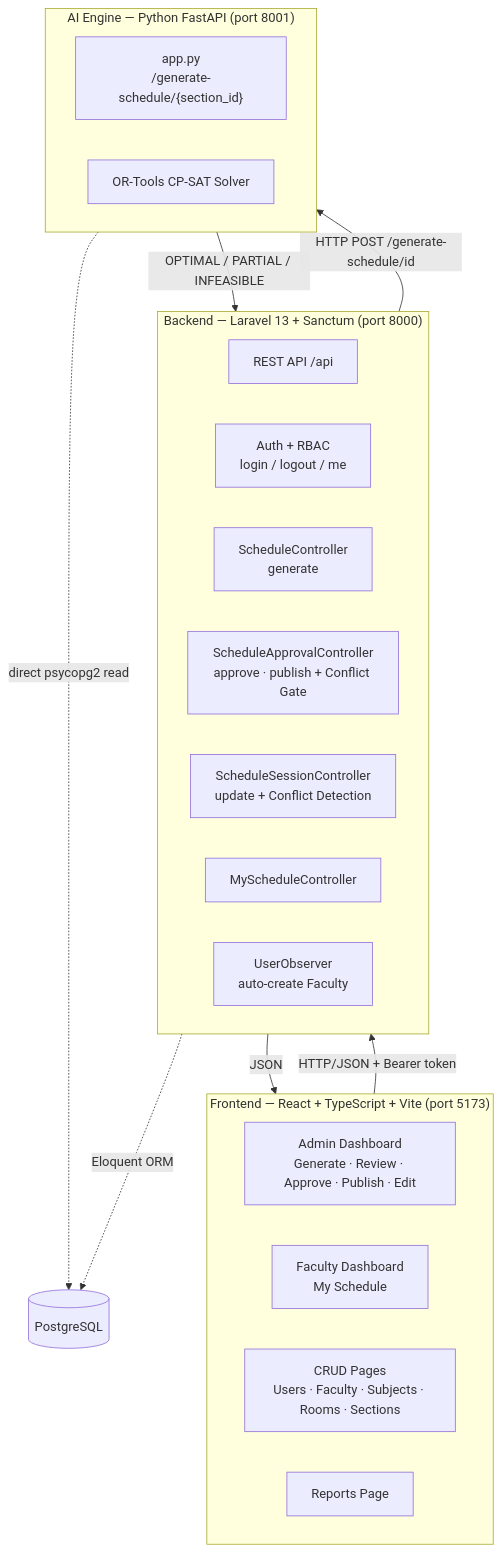
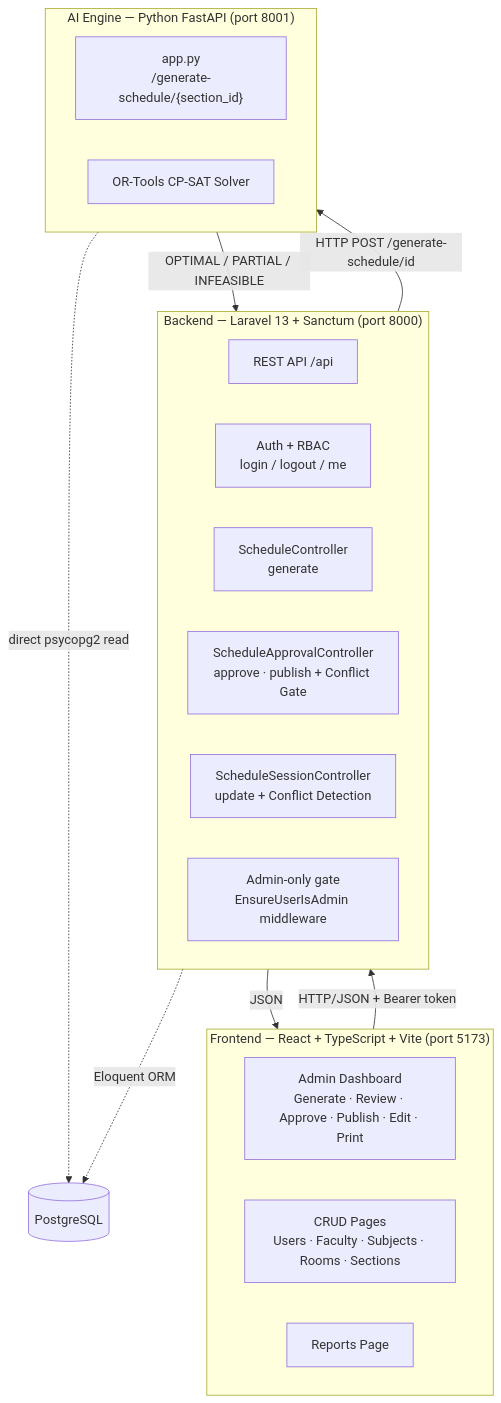
One commit to KiroOoo-arch/IT-faculty-scheduling-system changed the first of 4 diagrams in documentation/System-Architecture.md. Above: the diagram before and after it, drawn with Mermaid. The commit also changed other lines of this file and 20 other files, not shown here.

First line of the commit message:
Remove faculty login accounts; admin-only access with print distribution

````diff
--- a/documentation/System-Architecture.md
+++ b/documentation/System-Architecture.md
@@ -5,33 +5,31 @@
 ```mermaid
 graph TB
     subgraph Frontend["Frontend — React + TypeScript + Vite (port 5173)"]
-        AD[Admin Dashboard<br/>Generate · Review · Approve · Publish · Edit]
-        FD[Faculty Dashboard<br/>My Schedule]
+        AD[Admin Dashboard<br/>Generate · Review · Approve · Publish · Edit · Print]
         CP[CRUD Pages<br/>Users · Faculty · Subjects · Rooms · Sections]
         RP[Reports Page]
     end
 
     subgraph Backend["Backend — Laravel 13 + Sanctum (port 8000)"]
         API[REST API /api]
         AUTH[Auth + RBAC<br/>login / logout / me]
         SCH[ScheduleController<br/>generate]
         SAP[ScheduleApprovalController<br/>approve · publish + Conflict Gate]
         SES[ScheduleSessionController<br/>update + Conflict Detection]
-        MYS[MyScheduleController]
-        OBS[UserObserver<br/>auto-create Faculty]
+        AUTHGATE[Admin-only gate<br/>EnsureUserIsAdmin middleware]
     end
 
     subgraph AI["AI Engine — Python FastAPI (port 8001)"]
         APP["app.py<br/>/generate-schedule/{section_id}"]
         SOLVER[OR-Tools CP-SAT Solver]
     end
 
     DB[(PostgreSQL)]
 
     Frontend -->|HTTP/JSON + Bearer token| Backend
     Backend -->|HTTP POST /generate-schedule/id| AI
     AI -->|OPTIMAL / PARTIAL / INFEASIBLE| Backend
     AI -.direct psycopg2 read.-> DB
     Backend -.Eloquent ORM.-> DB
     Backend -->|JSON| Frontend
 ```
````
